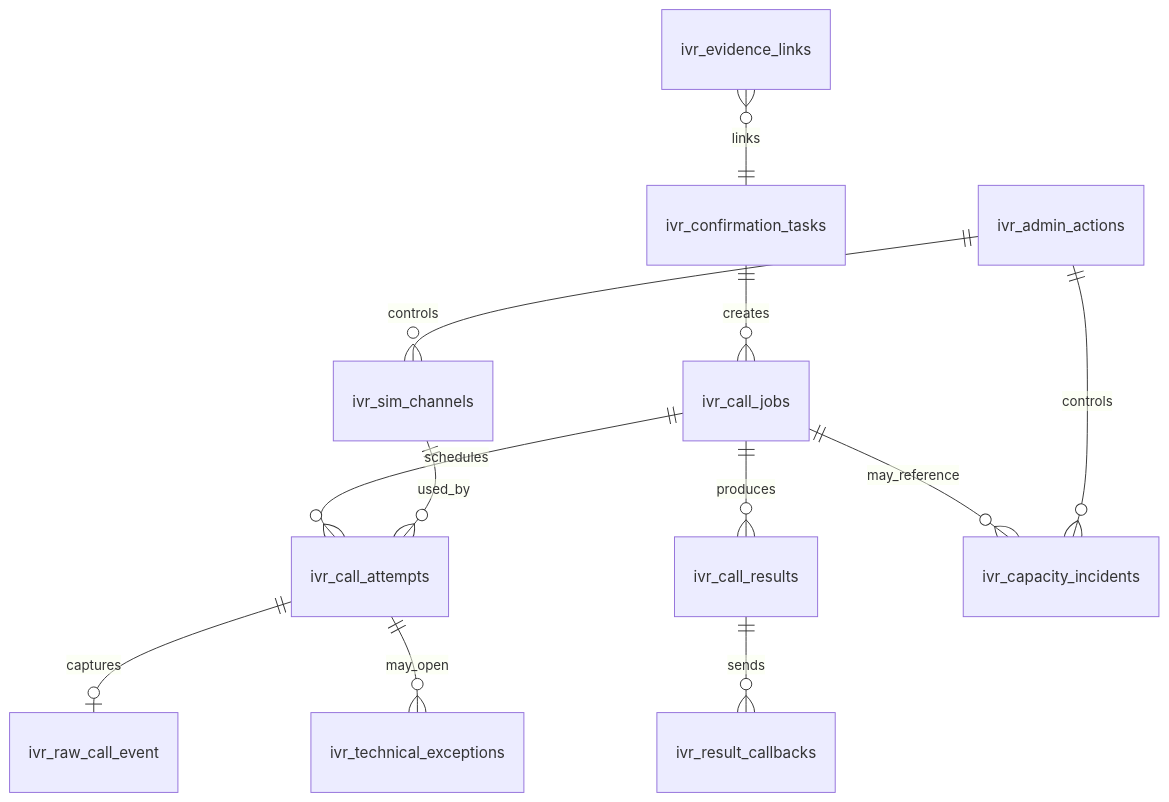
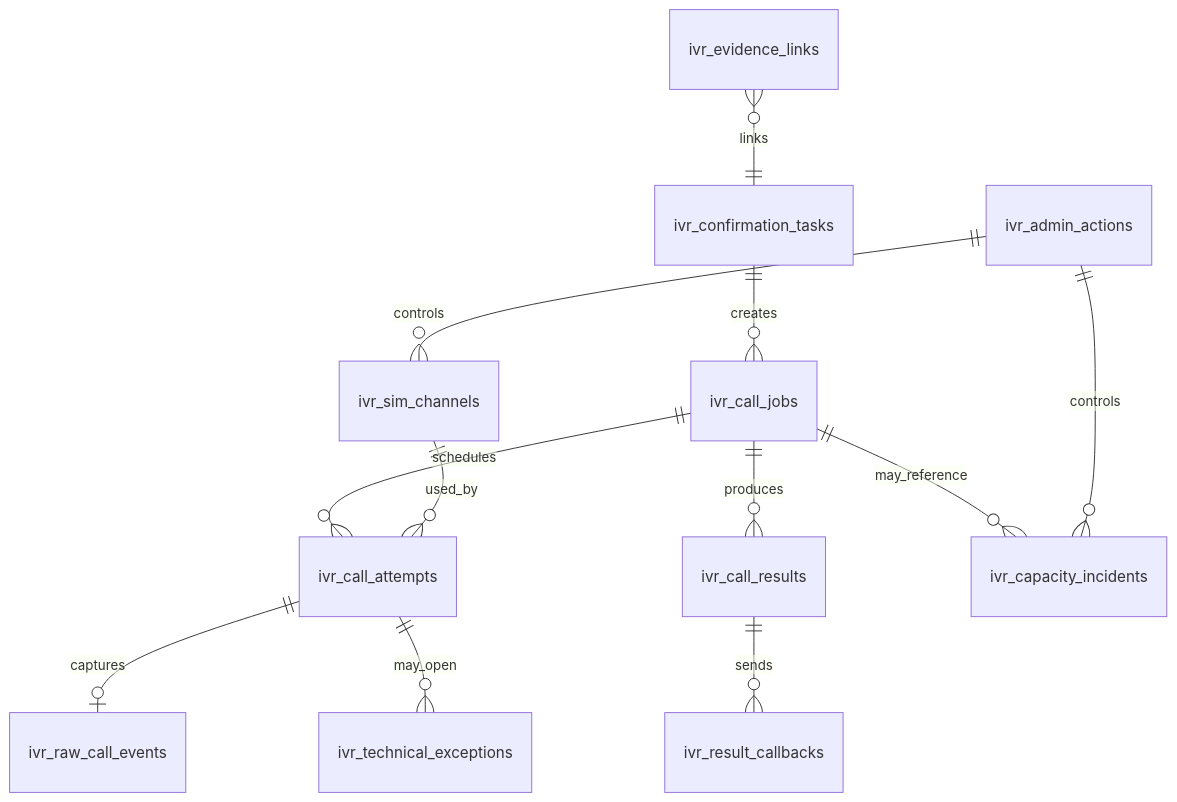
One commit to ngquoctoan2001/ginsengfood-ivr changed the diagram in specs/database/01-erd.md. Above: the diagram before and after it, drawn with Mermaid. The commit also changed other lines of this file and 15 other files, not shown here.

First line of the commit message:
docs(w-0171): reconcile specs with the schema and runtime they describe

````diff
--- a/specs/database/01-erd.md
+++ b/specs/database/01-erd.md
@@ -5,14 +5,14 @@
 ```mermaid
 erDiagram
   ivr_confirmation_tasks ||--o{ ivr_call_jobs : creates
   ivr_call_jobs ||--o{ ivr_call_attempts : schedules
-  ivr_call_attempts ||--o| ivr_raw_call_event : captures
+  ivr_call_attempts ||--o| ivr_raw_call_events : captures
   ivr_call_jobs ||--o{ ivr_call_results : produces
   ivr_call_results ||--o{ ivr_result_callbacks : sends
   ivr_call_attempts ||--o{ ivr_technical_exceptions : may_open
   ivr_call_jobs ||--o{ ivr_capacity_incidents : may_reference
   ivr_sim_channels ||--o{ ivr_call_attempts : used_by
   ivr_admin_actions ||--o{ ivr_capacity_incidents : controls
   ivr_admin_actions ||--o{ ivr_sim_channels : controls
   ivr_evidence_links }o--|| ivr_confirmation_tasks : links
 ```
````
